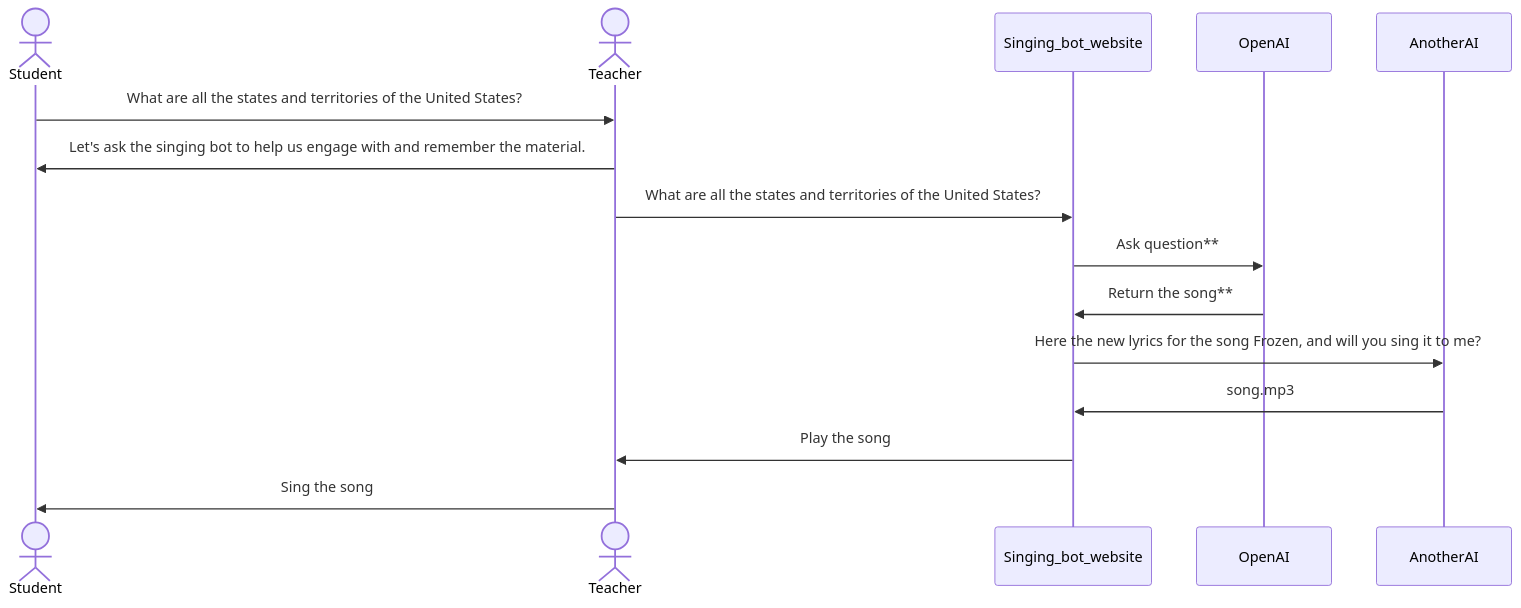
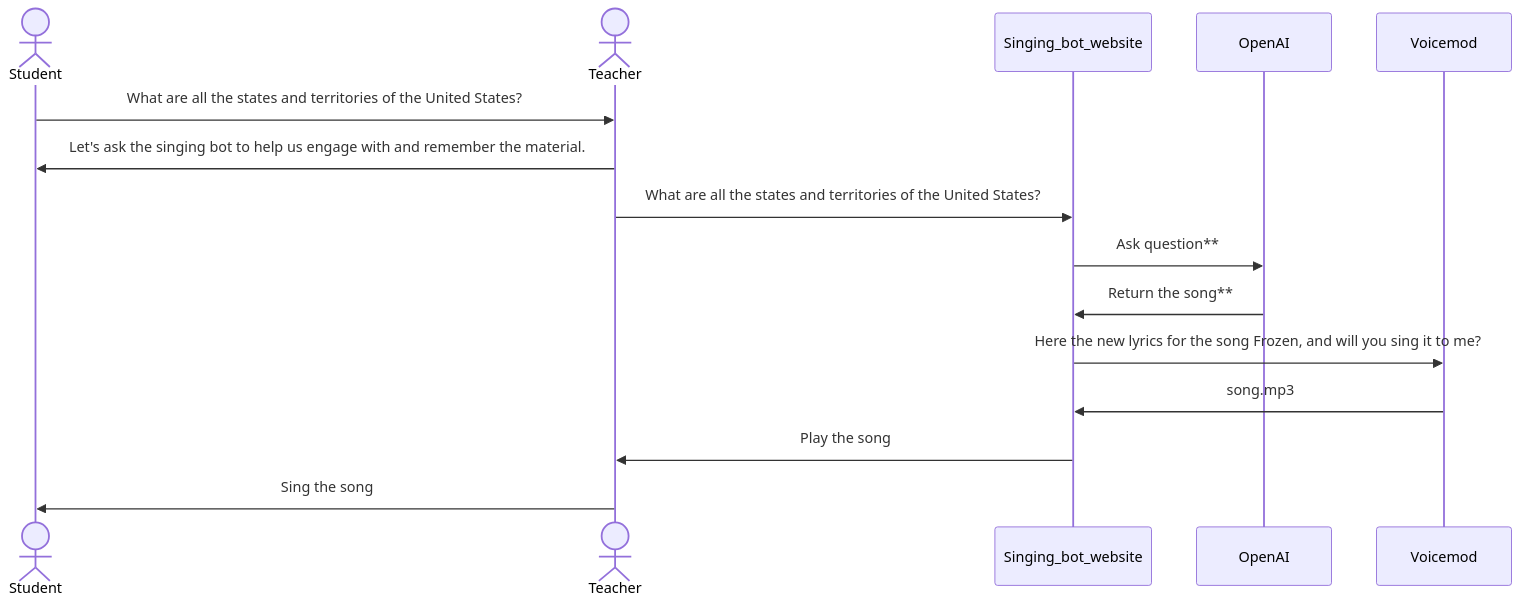
The diagram in README.md (Robotics2024/singing-bot), drawn with Mermaid before and after one commit.

Commit message:
Update  Another ai to Voicemod

````diff
--- a/README.md
+++ b/README.md
@@ -23,15 +23,15 @@
 ```mermaid
 
 sequenceDiagram
     actor Student
     actor Teacher
     Student->>Teacher: What are all the states and territories of the United States?
     Teacher->>Student: Let's ask the singing bot to help us engage with and remember the material.
     Teacher->>Singing_bot_website: What are all the states and territories of the United States?
     Singing_bot_website->>OpenAI: Ask question**
     OpenAI ->> Singing_bot_website: Return the song**
-    Singing_bot_website ->> AnotherAI: Here the new lyrics for the song Frozen, and will you sing it to me?
-    AnotherAI ->> Singing_bot_website: song.mp3
+    Singing_bot_website ->> Voicemod: Here the new lyrics for the song Frozen, and will you sing it to me?
+    Voicemod ->> Singing_bot_website: song.mp3
     Singing_bot_website ->> Teacher: Play the song
     Teacher ->> Student: Sing the song
 ```
````
